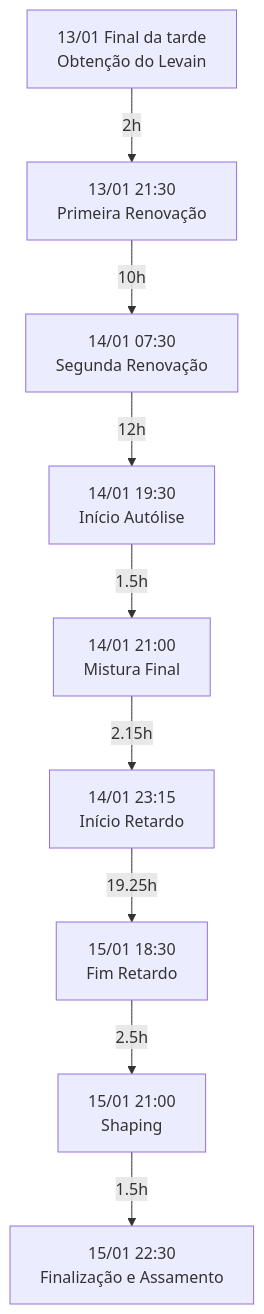
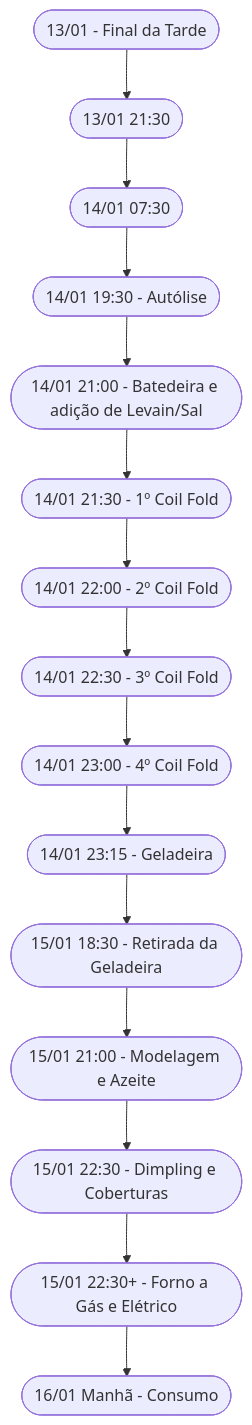
One commit to fkramos/sourdough-recipes changed the diagram in src/teste2.md. Above: the diagram before and after it, drawn with Mermaid. The commit also changed other lines of this file, not shown here.

````diff
--- a/src/teste2.md
+++ b/src/teste2.md
@@ -49,11 +37,17 @@
 ```mermaid
-graph TD
-    A[13/01 Final da tarde<br>Obtenção do Levain] -->|2h| B[13/01 21:30<br>Primeira Renovação]
-    B -->|10h| C[14/01 07:30<br>Segunda Renovação]
-    C -->|12h| D[14/01 19:30<br>Início Autólise]
-    D -->|1.5h| E[14/01 21:00<br>Mistura Final]
-    E -->|2.15h| F[14/01 23:15<br>Início Retardo]
-    F -->|19.25h| G[15/01 18:30<br>Fim Retardo]
-    G -->|2.5h| H[15/01 21:00<br>Shaping]
-    H -->|1.5h| I[15/01 22:30<br>Finalização e Assamento]
+flowchart TB
+    A([13/01 - Final da Tarde]) --> B([13/01 21:30])
+    B --> C([14/01 07:30])
+    C --> D([14/01 19:30 - Autólise])
+    D --> E([14/01 21:00 - Batedeira e adição de Levain/Sal])
+    E --> F([14/01 21:30 - 1º Coil Fold])
+    F --> G([14/01 22:00 - 2º Coil Fold])
+    G --> H([14/01 22:30 - 3º Coil Fold])
+    H --> I([14/01 23:00 - 4º Coil Fold])
+    I --> J([14/01 23:15 - Geladeira])
+    J --> K([15/01 18:30 - Retirada da Geladeira])
+    K --> L([15/01 21:00 - Modelagem e Azeite])
+    L --> M([15/01 22:30 - Dimpling e Coberturas])
+    M --> N([15/01 22:30+ - Forno a Gás e Elétrico])
+    N --> O([16/01 Manhã - Consumo])
 ```
````
